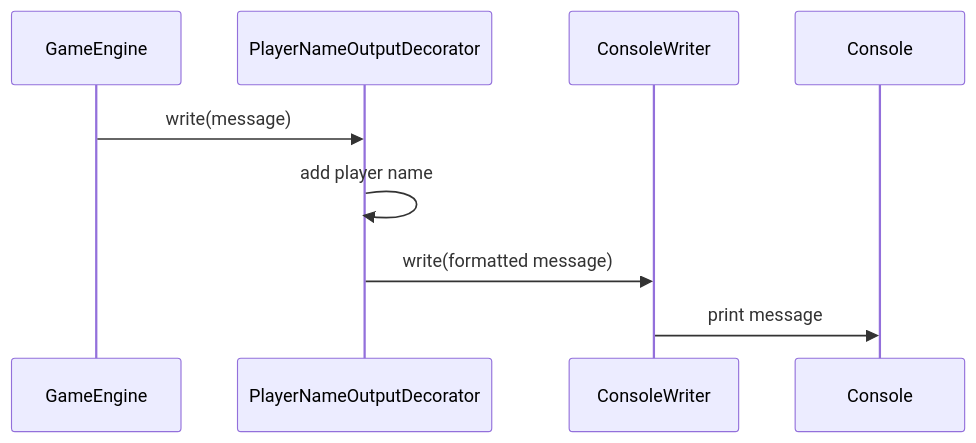
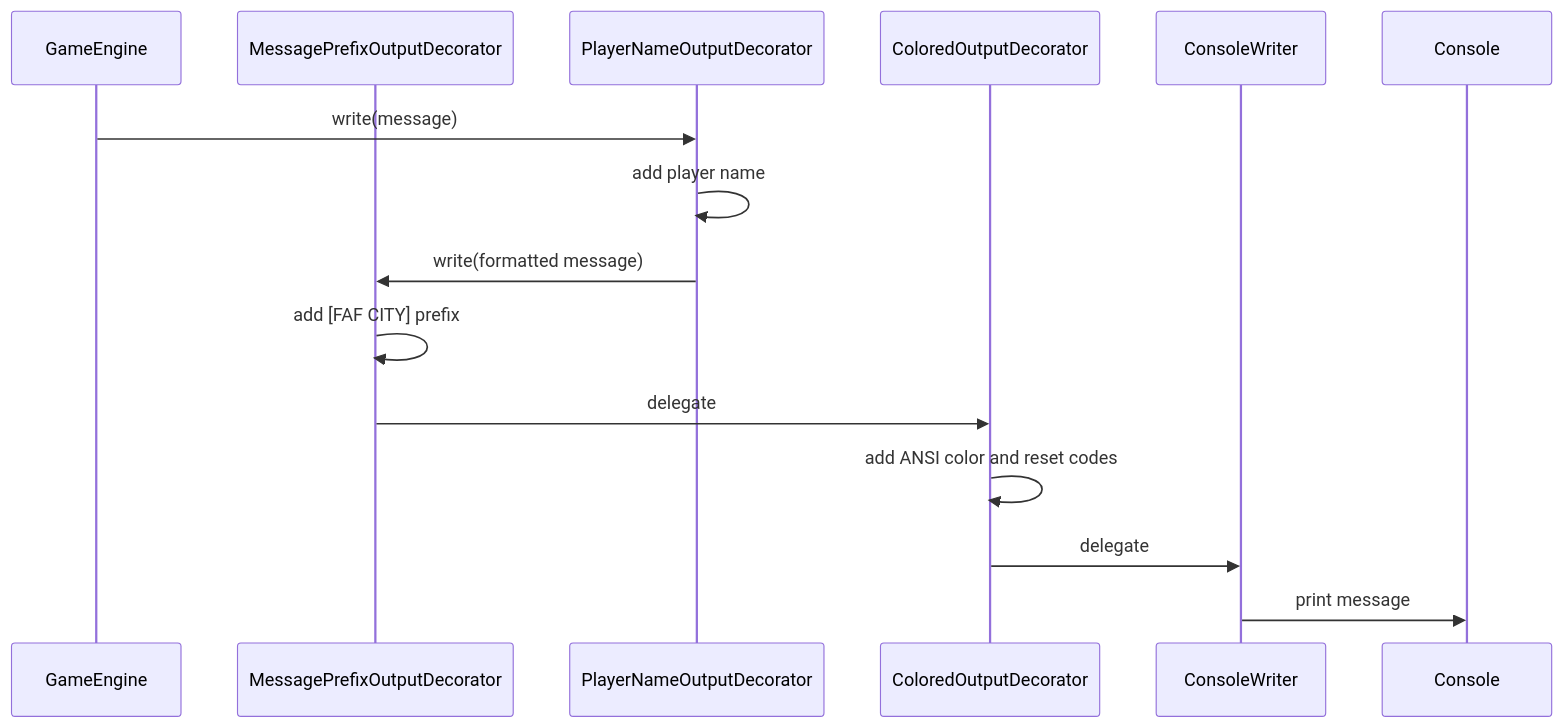
The second of 7 diagrams in lab2/REPORT.md (ValeriaPostica/TMPS), drawn with Mermaid before and after one commit. The commit also changed other lines of this file and 19 other files, not shown here.

````diff
--- a/lab2/REPORT.md
+++ b/lab2/REPORT.md
@@ -363,12 +451,18 @@
 ```mermaid
 sequenceDiagram
     participant Engine as GameEngine
+    participant Prefix as MessagePrefixOutputDecorator
     participant Decorator as PlayerNameOutputDecorator
+    participant Color as ColoredOutputDecorator
     participant Writer as ConsoleWriter
     participant Console as Console
 
     Engine->>Decorator: write(message)
     Decorator->>Decorator: add player name
-    Decorator->>Writer: write(formatted message)
+    Decorator->>Prefix: write(formatted message)
+    Prefix->>Prefix: add [FAF CITY] prefix
+    Prefix->>Color: delegate
+    Color->>Color: add ANSI color and reset codes
+    Color->>Writer: delegate
     Writer->>Console: print message
 ```
````
